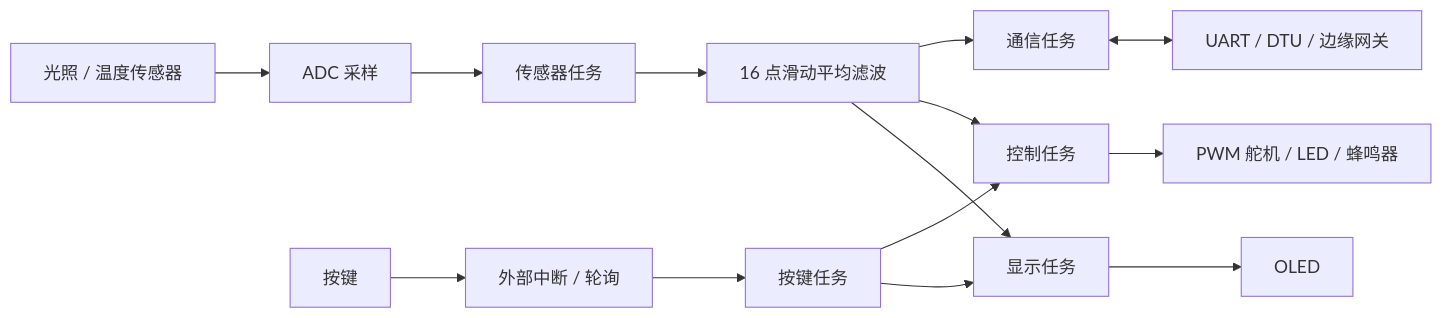
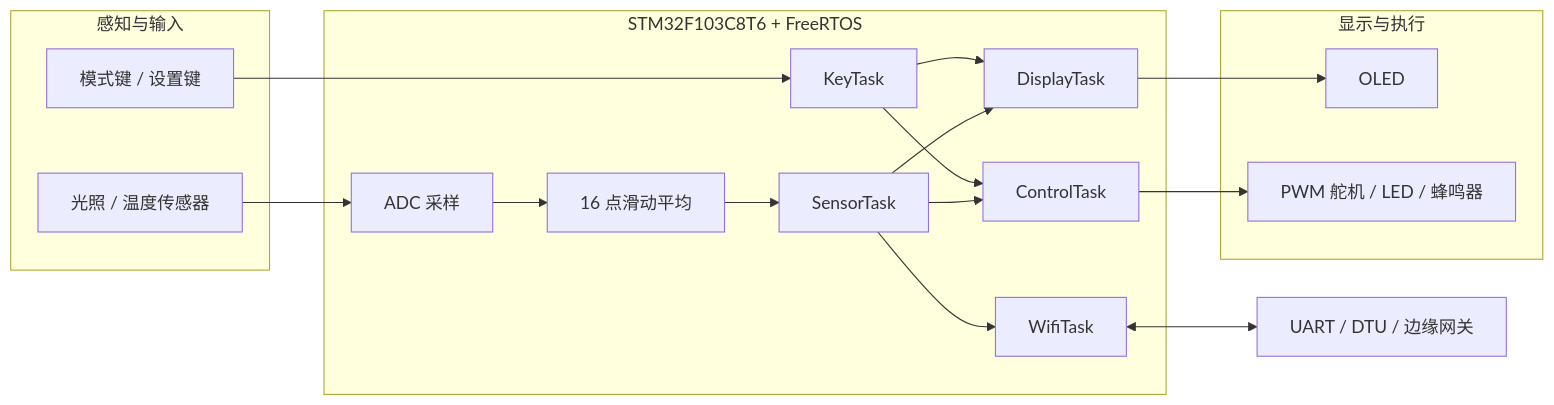
Before and after one commit to Indulge125/smart-env-monitor: the diagram in README.md, drawn with Mermaid. The commit also changed other lines of this file, not shown here.

````diff
--- a/README.md
+++ b/README.md
@@ -23,16 +42,33 @@
 ```mermaid
 flowchart LR
-    S[光照 / 温度传感器] --> A[ADC 采样]
-    K[按键] --> E[外部中断 / 轮询]
-    A --> T1[传感器任务]
-    E --> T5[按键任务]
-    T1 --> F[16 点滑动平均滤波]
-    F --> T2[显示任务]
-    F --> T3[控制任务]
-    F --> T4[通信任务]
-    T5 --> T2
-    T5 --> T3
-    T2 --> O[OLED]
-    T3 --> P[PWM 舵机 / LED / 蜂鸣器]
-    T4 <--> U[UART / DTU / 边缘网关]
+    subgraph INPUT["感知与输入"]
+        SENSOR["光照 / 温度传感器"]
+        KEY["模式键 / 设置键"]
+    end
+
+    subgraph MCU["STM32F103C8T6 + FreeRTOS"]
+        ADC["ADC 采样"]
+        FILTER["16 点滑动平均"]
+        SENSOR_TASK["SensorTask"]
+        DISPLAY_TASK["DisplayTask"]
+        CONTROL_TASK["ControlTask"]
+        KEY_TASK["KeyTask"]
+        WIFI_TASK["WifiTask"]
+    end
+
+    subgraph OUTPUT["显示与执行"]
+        OLED["OLED"]
+        ACT["PWM 舵机 / LED / 蜂鸣器"]
+    end
+
+    GATEWAY["UART / DTU / 边缘网关"]
+
+    SENSOR --> ADC --> FILTER --> SENSOR_TASK
+    KEY --> KEY_TASK
+    SENSOR_TASK --> DISPLAY_TASK --> OLED
+    SENSOR_TASK --> CONTROL_TASK --> ACT
+    KEY_TASK --> DISPLAY_TASK
+    KEY_TASK --> CONTROL_TASK
+    SENSOR_TASK --> WIFI_TASK
+    WIFI_TASK <--> GATEWAY
 ```
````
